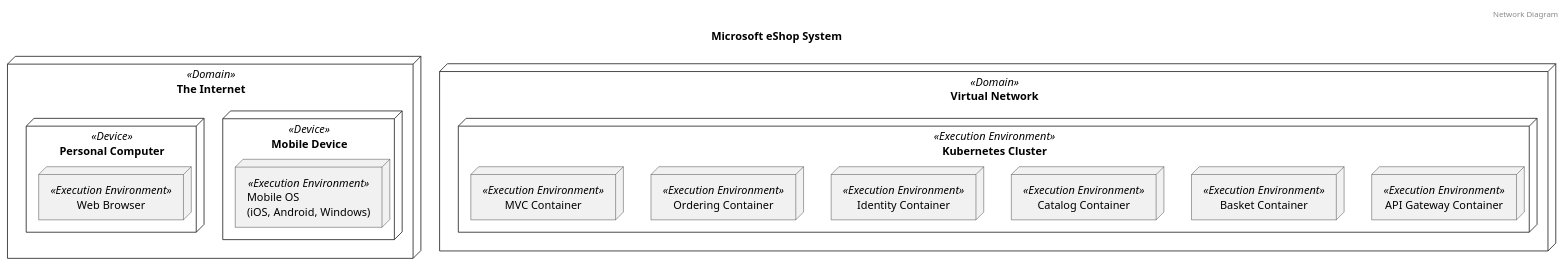
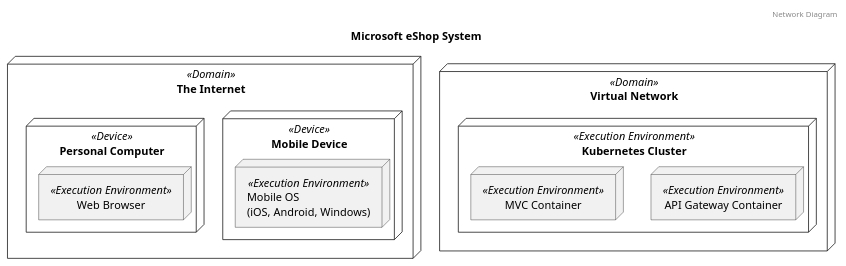
Before and after one commit to garrettsutula/example-trellis-project: the first of 3 diagrams in diagrams/systems/Microsoft_eShop_System.puml, drawn with PlantUML. The commit also changed other lines of this file and 29 other files, not shown here.

Commit message:
Update deps, diagram examples

```diff
--- a/diagrams/systems/Microsoft_eShop_System.puml
+++ b/diagrams/systems/Microsoft_eShop_System.puml
@@ -1,30 +1,22 @@
 @startuml Network Diagram Microsoft eShop System
 header Network Diagram
 title Microsoft eShop System
 node "The Internet" as The_Internet <<Domain>> {
 	node "Mobile Device" as Mobile_Device <<Device>> {
 		node "Mobile OS\n(iOS, Android, Windows)" as Mobile_OSiOS_Android_Windows <<Execution Environment>> {
 		}
 	}
 	node "Personal Computer" as Personal_Computer <<Device>> {
 		node "Web Browser" as Web_Browser <<Execution Environment>> {
 		}
 	}
 }
 node "Virtual Network" as Virtual_Network <<Domain>> {
 	node "Kubernetes Cluster" as Kubernetes_Cluster <<Execution Environment>> {
 		node "API Gateway Container" as API_Gateway_Container <<Execution Environment>> {
 		}
-		node "Basket Container" as Basket_Container <<Execution Environment>> {
-		}
-		node "Catalog Container" as Catalog_Container <<Execution Environment>> {
-		}
-		node "Identity Container" as Identity_Container <<Execution Environment>> {
-		}
-		node "Ordering Container" as Ordering_Container <<Execution Environment>> {
-		}
-		node "MVC Container" as MVC_Container <<Execution Environment>> {
+		node "MVC Container" as Microsoft_eShop_System_MVC_Container <<Execution Environment>> {
 		}
 	}
 }
 @enduml
```
